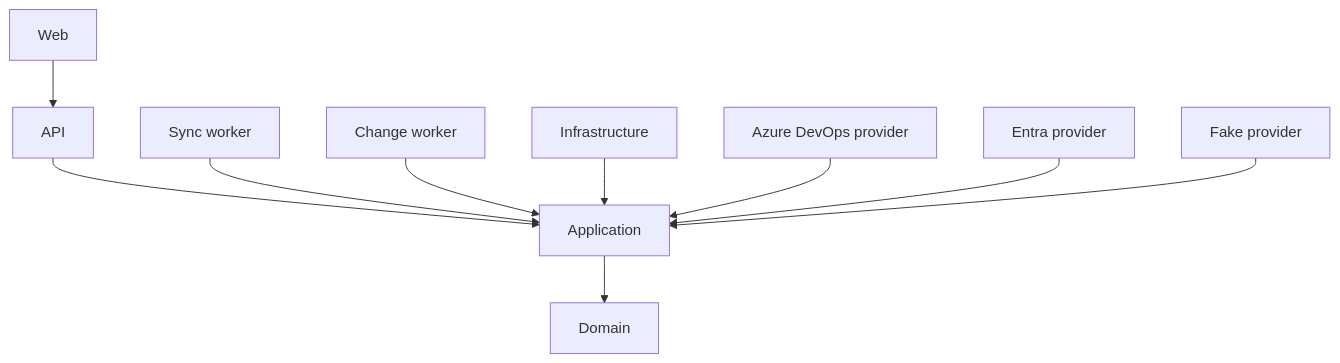
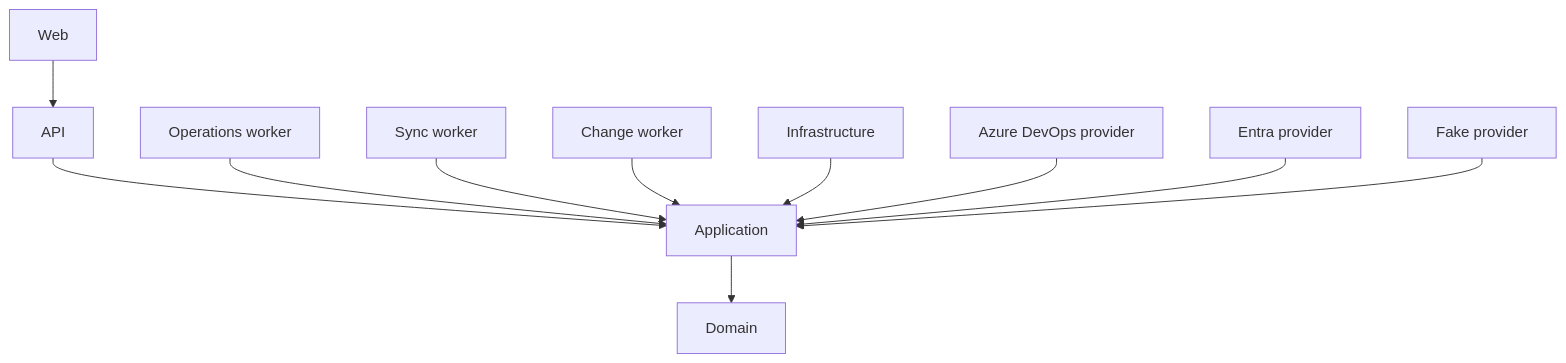
One commit to Funnybeer123/AdoPermissions changed the second of 2 diagrams in docs/ARCHITECTURE.md. Above: the diagram before and after it, drawn with Mermaid. The commit also changed other lines of this file and 18 other files, not shown here.

````diff
--- a/docs/ARCHITECTURE.md
+++ b/docs/ARCHITECTURE.md
@@ -131,12 +137,13 @@
 ```mermaid
 flowchart TD
     WEB[Web] --> API[API]
     API --> APP[Application]
+    OPS[Operations worker] --> APP
     SYNC[Sync worker] --> APP
     CHANGE[Change worker] --> APP
     APP --> DOMAIN[Domain]
     INFRA[Infrastructure] --> APP
     ADOP[Azure DevOps provider] --> APP
     ENTRAP[Entra provider] --> APP
     FAKE[Fake provider] --> APP
 ```
````
